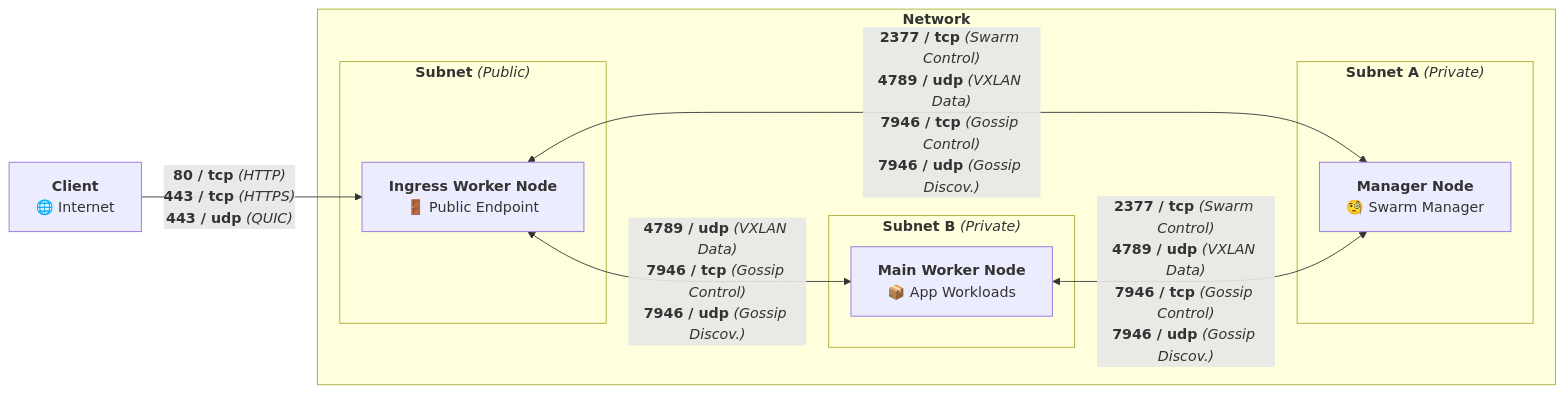
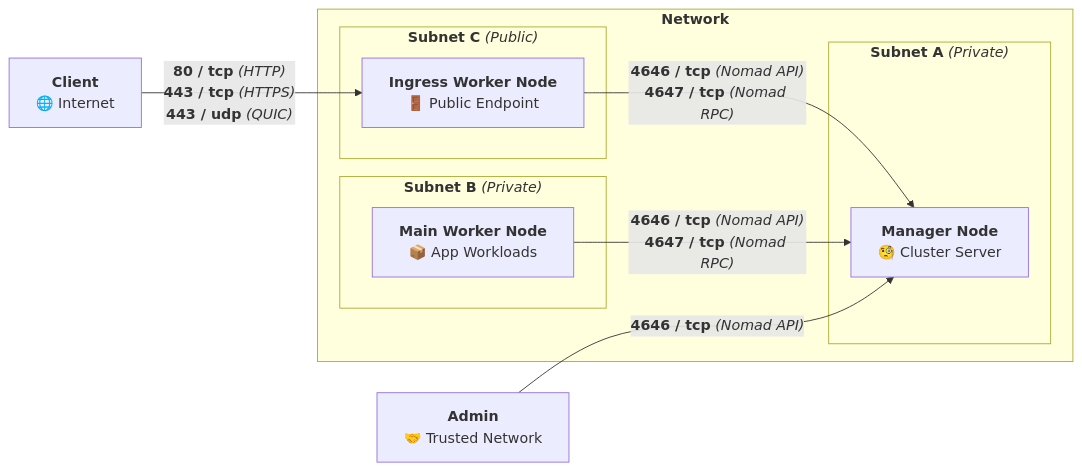
The diagram in README.md (cloud-skeleton/prerequisites), drawn with Mermaid before and after one commit. The commit also changed other lines of this file and 19 other files, not shown here.

````diff
--- a/README.md
+++ b/README.md
@@ -21,27 +21,29 @@
 ```mermaid
 graph LR
 
   external_client["<b>Client</b><br>🌐 Internet"]
 
+  admin["<b>Admin</b><br>🤝 Trusted Network"]
+
   subgraph "<b>Network</b>"
-    subgraph "<b>Subnet</b> <i>(Public)</i>"
-      ingress["<b>Ingress Worker Node</b><br>🚪 Public Endpoint"]
-    end
-
     subgraph "<b>Subnet A</b> <i>(Private)</i>"
-      manager["<b>Manager Node</b><br>🧐 Swarm Manager"]
+      manager["<b>Manager Node</b><br>🧐 Cluster Server"]
     end
 
     subgraph "<b>Subnet B</b> <i>(Private)</i>"
       worker["<b>Main Worker Node</b><br>📦 App Workloads"]
     end
+
+    subgraph "<b>Subnet C</b> <i>(Public)</i>"
+      ingress["<b>Ingress Worker Node</b><br>🚪 Public Endpoint"]
+    end
   end
 
   external_client -->|"<b>80 / tcp</b> <i>(HTTP)</i><br><b>443 / tcp</b> <i>(HTTPS)</i><br><b>443 / udp</b> <i>(QUIC)</i>"| ingress
 
-  ingress <-->|"<b>4789 / udp</b> <i>(VXLAN Data)</i><br><b>7946 / tcp</b> <i>(Gossip Control)</i><br><b>7946 / udp</b> <i>(Gossip Discov.)</i>"| worker
+  ingress -->|"<b>4646 / tcp</b> <i>(Nomad API)</i><br><b>4647 / tcp</b> <i>(Nomad RPC)</i>"| manager
 
-  ingress <-->|"<b>2377 / tcp</b> <i>(Swarm Control)</i><br><b>4789 / udp</b> <i>(VXLAN Data)</i><br><b>7946 / tcp</b> <i>(Gossip Control)</i><br><b>7946 / udp</b> <i>(Gossip Discov.)</i>"| manager
+  worker -->|"<b>4646 / tcp</b> <i>(Nomad API)</i><br><b>4647 / tcp</b> <i>(Nomad RPC)</i>"| manager
 
-  worker <-->|"<b>2377 / tcp</b> <i>(Swarm Control)</i><br><b>4789 / udp</b> <i>(VXLAN Data)</i><br><b>7946 / tcp</b> <i>(Gossip Control)</i><br><b>7946 / udp</b> <i>(Gossip Discov.)</i>"| manager
+  admin -->|"<b>4646 / tcp</b> <i>(Nomad API)</i>"| manager
 ```
````
